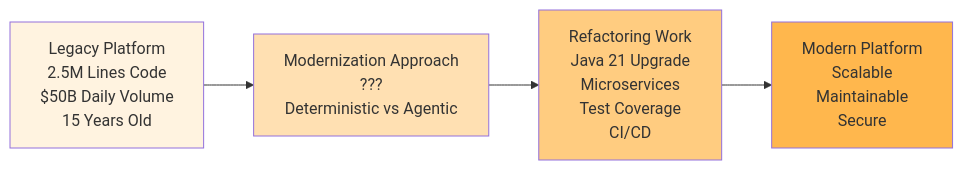
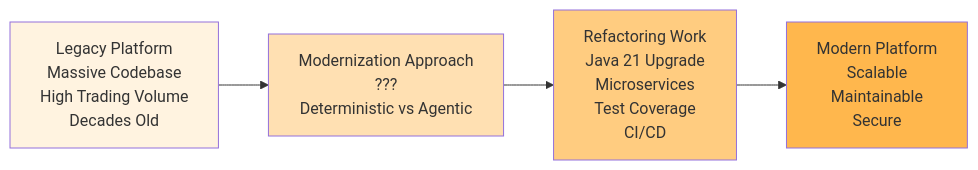
Before and after one commit to whatevergeek/agentic_vs_deterministic: the first of 6 diagrams in debate_shortlisted_topics_slide_prep-topic4&6-usecase-set04-v2.md, drawn with Mermaid. The commit also changed other lines of this file, not shown here.

````diff
--- a/debate_shortlisted_topics_slide_prep-topic4&6-usecase-set04-v2.md
+++ b/debate_shortlisted_topics_slide_prep-topic4&6-usecase-set04-v2.md
@@ -34,11 +34,11 @@
 ```mermaid
 graph LR
-    A["Legacy Platform<br/>2.5M Lines Code<br/>$50B Daily Volume<br/>15 Years Old"] --> B["Modernization Approach<br/>???<br/>Deterministic vs Agentic"]
+    A["Legacy Platform<br/>Massive Codebase<br/>High Trading Volume<br/>Decades Old"] --> B["Modernization Approach<br/>???<br/>Deterministic vs Agentic"]
     B --> C["Refactoring Work<br/>Java 21 Upgrade<br/>Microservices<br/>Test Coverage<br/>CI/CD"]
     C --> D["Modern Platform<br/>Scalable<br/>Maintainable<br/>Secure"]
     
     style A fill:#fff3e0
     style B fill:#ffe0b2
     style C fill:#ffcc80
     style D fill:#ffb74d
 ```
````
